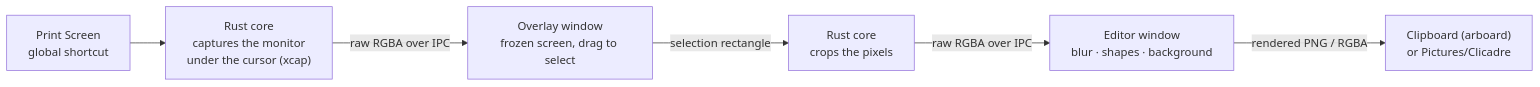
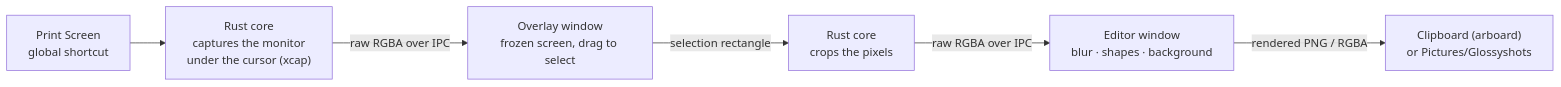
One commit to abg5f/Glossyshots changed the diagram in README.md. Above: the diagram before and after it, drawn with Mermaid. The commit also changed other lines of this file and 50 other files, not shown here.

````diff
--- a/README.md
+++ b/README.md
@@ -76,8 +79,8 @@
 ```mermaid
 flowchart LR
     K["Print Screen<br/>global shortcut"] --> C["Rust core<br/>captures the monitor<br/>under the cursor (xcap)"]
     C -- "raw RGBA over IPC" --> O["Overlay window<br/>frozen screen, drag to select"]
     O -- "selection rectangle" --> R["Rust core<br/>crops the pixels"]
     R -- "raw RGBA over IPC" --> E["Editor window<br/>blur · shapes · background"]
-    E -- "rendered PNG / RGBA" --> X["Clipboard (arboard)<br/>or Pictures/Clicadre"]
+    E -- "rendered PNG / RGBA" --> X["Clipboard (arboard)<br/>or Pictures/Glossyshots"]
 ```
````
